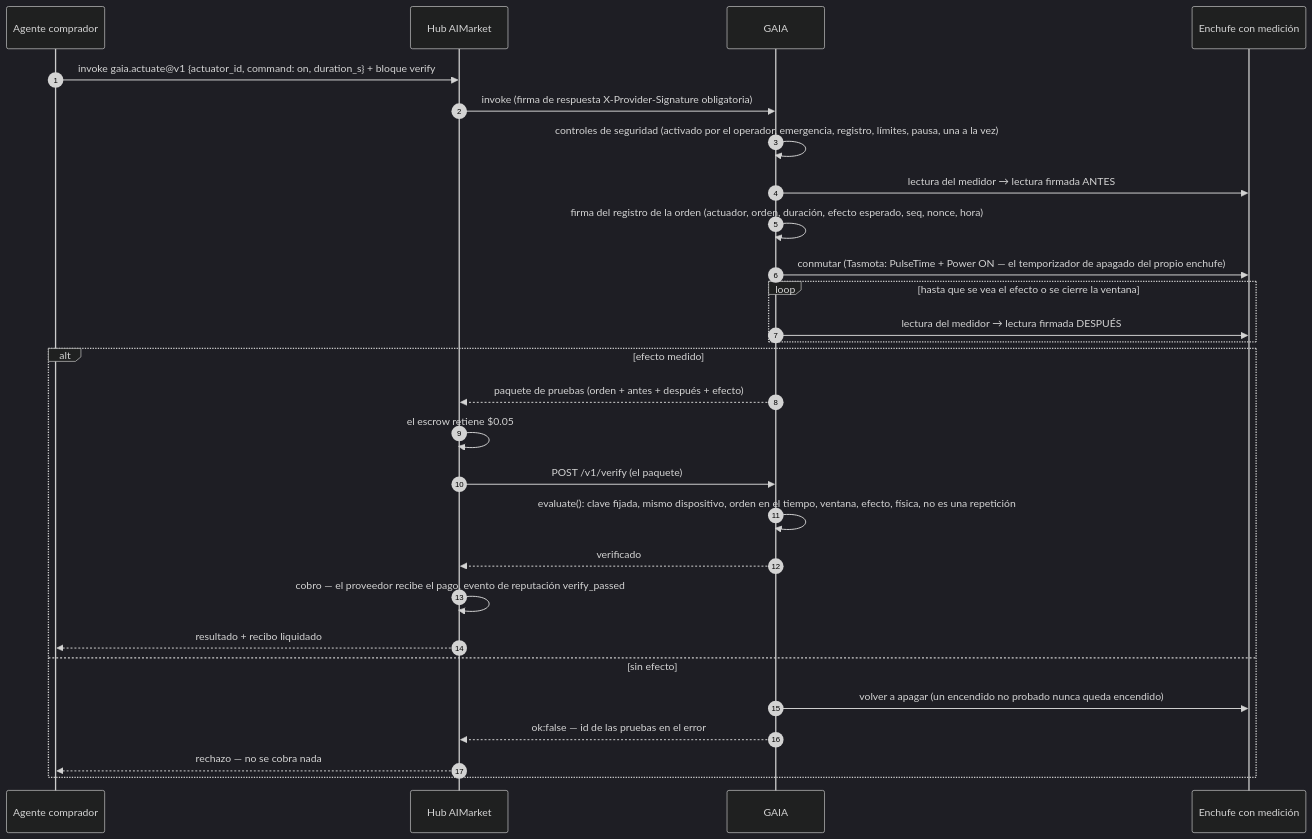
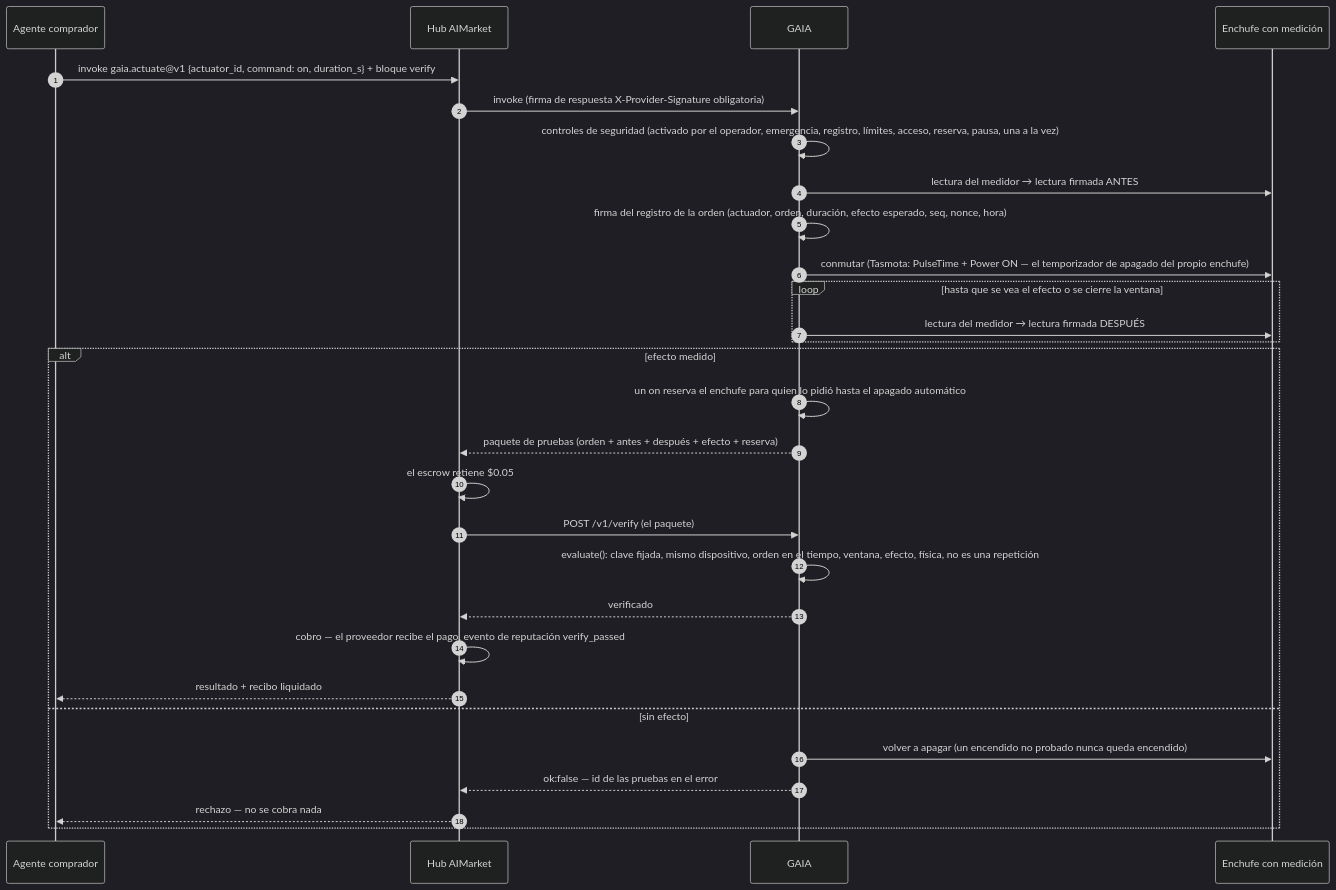
Before and after one commit to alexar76/gaia: the third of 8 diagrams in docs/i18n/ACTUATION.es.md, drawn with Mermaid (dark theme). The commit also changed other lines of this file and 50 other files, not shown here.

````diff
--- a/docs/i18n/ACTUATION.es.md
+++ b/docs/i18n/ACTUATION.es.md
@@ -113,30 +146,31 @@
 ```mermaid
 sequenceDiagram
     autonumber
     participant B as Agente comprador
     participant H as Hub AIMarket
     participant G as GAIA
     participant P as Enchufe con medición
     B->>H: invoke gaia.actuate@v1 {actuator_id, command: on, duration_s} + bloque verify
     H->>G: invoke (firma de respuesta X-Provider-Signature obligatoria)
-    G->>G: controles de seguridad (activado por el operador, emergencia, registro, límites, pausa, una a la vez)
+    G->>G: controles de seguridad (activado por el operador, emergencia, registro, límites, acceso, reserva, pausa, una a la vez)
     G->>P: lectura del medidor → lectura firmada ANTES
     G->>G: firma del registro de la orden (actuador, orden, duración, efecto esperado, seq, nonce, hora)
     G->>P: conmutar (Tasmota: PulseTime + Power ON — el temporizador de apagado del propio enchufe)
     loop hasta que se vea el efecto o se cierre la ventana
         G->>P: lectura del medidor → lectura firmada DESPUÉS
     end
     alt efecto medido
-        G-->>H: paquete de pruebas (orden + antes + después + efecto)
+        G->>G: un on reserva el enchufe para quien lo pidió hasta el apagado automático
+        G-->>H: paquete de pruebas (orden + antes + después + efecto + reserva)
         H->>H: el escrow retiene $0.05
         H->>G: POST /v1/verify (el paquete)
         G->>G: evaluate(): clave fijada, mismo dispositivo, orden en el tiempo, ventana, efecto, física, no es una repetición
         G-->>H: verificado
         H->>H: cobro — el proveedor recibe el pago, evento de reputación verify_passed
         H-->>B: resultado + recibo liquidado
     else sin efecto
         G->>P: volver a apagar (un encendido no probado nunca queda encendido)
         G-->>H: ok:false — id de las pruebas en el error
         H-->>B: rechazo — no se cobra nada
     end
 ```
````
